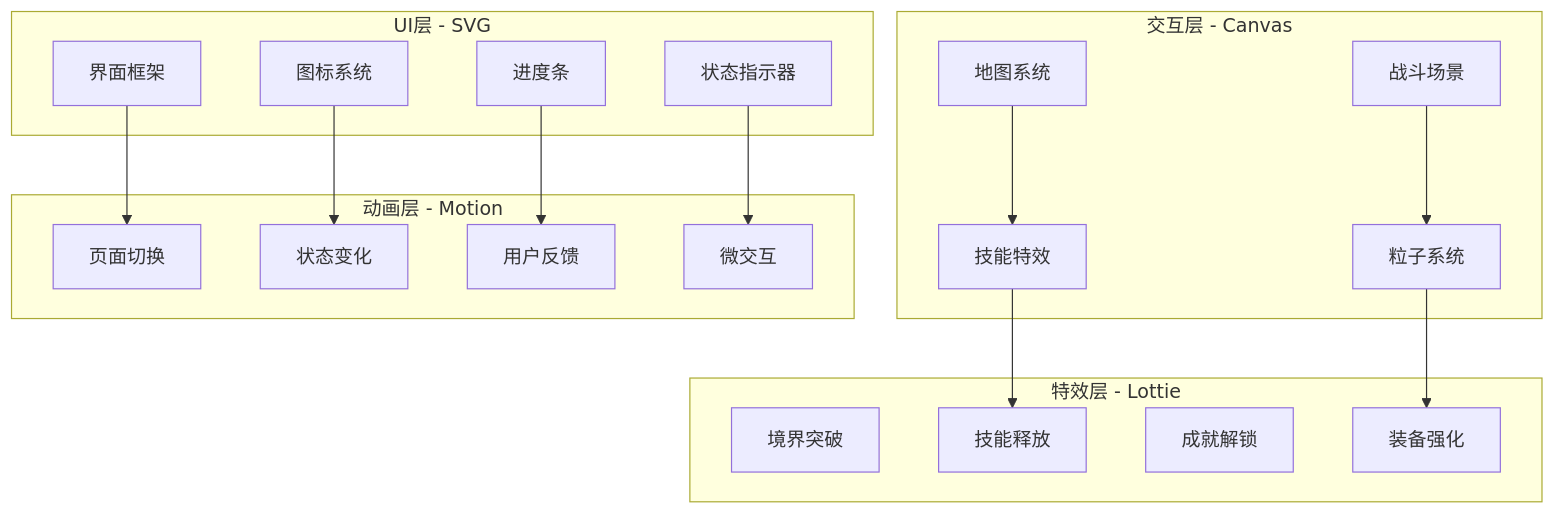
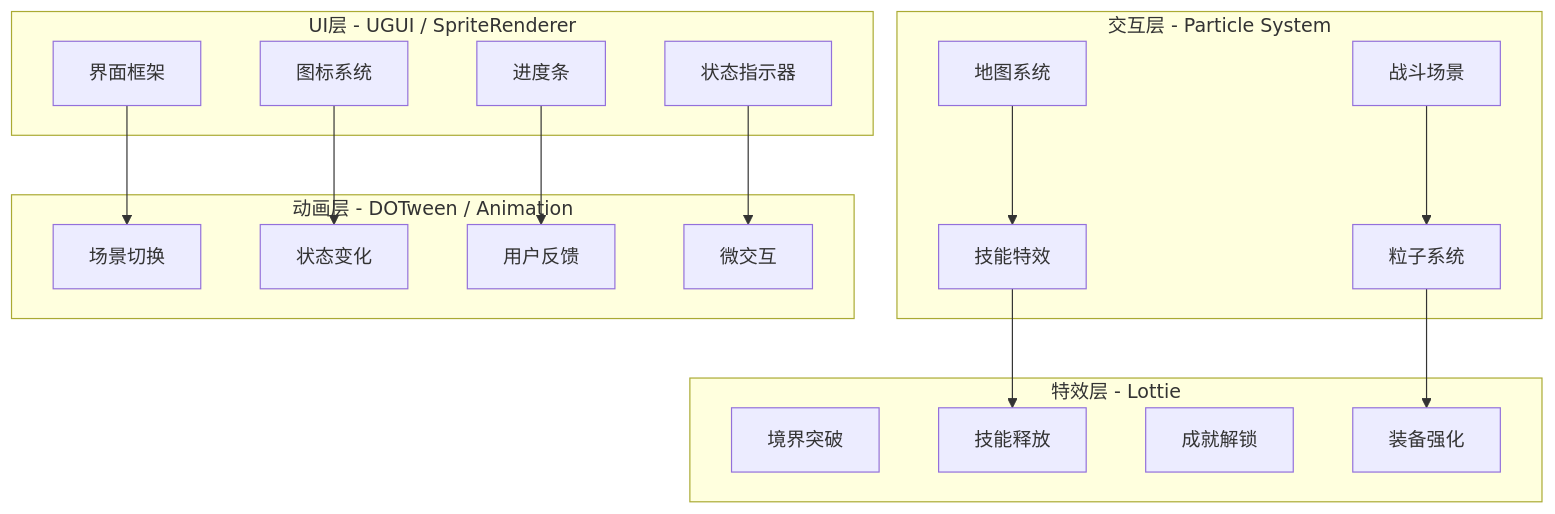
Before and after one commit to yingsiqi/Immortality: the diagram in doc/guides/technical/graphics-implementation-guide.md, drawn with Mermaid. The commit also changed other lines of this file and 25 other files, not shown here.

````diff
--- a/doc/guides/technical/graphics-implementation-guide.md
+++ b/doc/guides/technical/graphics-implementation-guide.md
@@ -40,40 +41,40 @@
 ```mermaid
 flowchart TB
-    subgraph "UI层 - SVG"
+    subgraph "UI层 - UGUI / SpriteRenderer"
         A[界面框架]
         B[图标系统]
         C[进度条]
         D[状态指示器]
     end
     
-    subgraph "交互层 - Canvas"
+    subgraph "交互层 - Particle System"
         E[地图系统]
         F[战斗场景]
         G[技能特效]
         H[粒子系统]
     end
     
-    subgraph "动画层 - Motion"
-        I[页面切换]
+    subgraph "动画层 - DOTween / Animation"
+        I[场景切换]
         J[状态变化]
         K[用户反馈]
         L[微交互]
     end
     
     subgraph "特效层 - Lottie"
         M[境界突破]
         N[技能释放]
         O[成就解锁]
         P[装备强化]
     end
     
     A --> I
     B --> J
     C --> K
     D --> L
     
     E --> G
     F --> H
     G --> N
     H --> P
 ```
````
